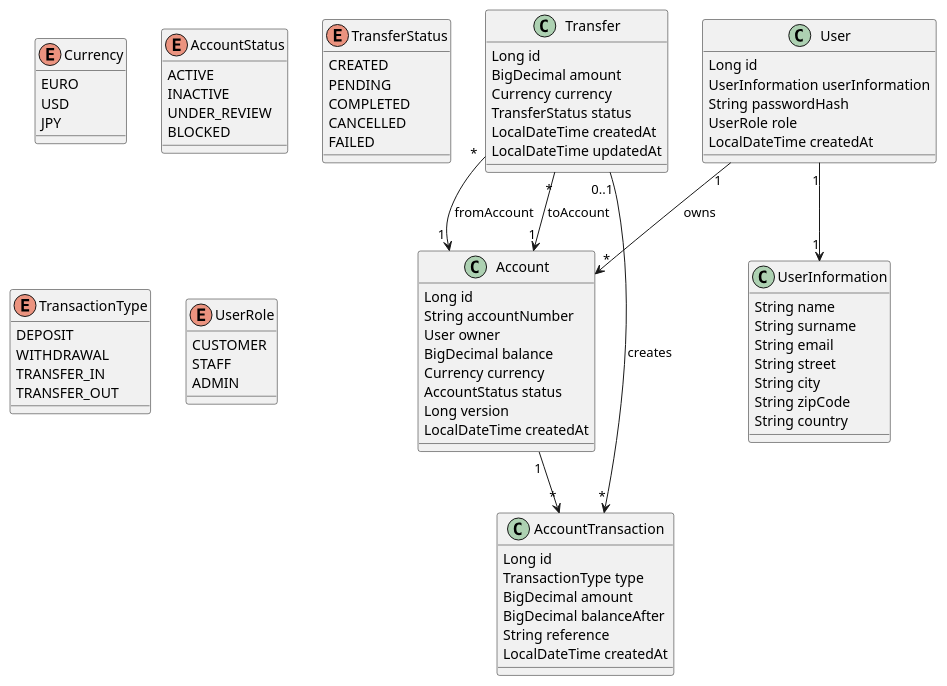
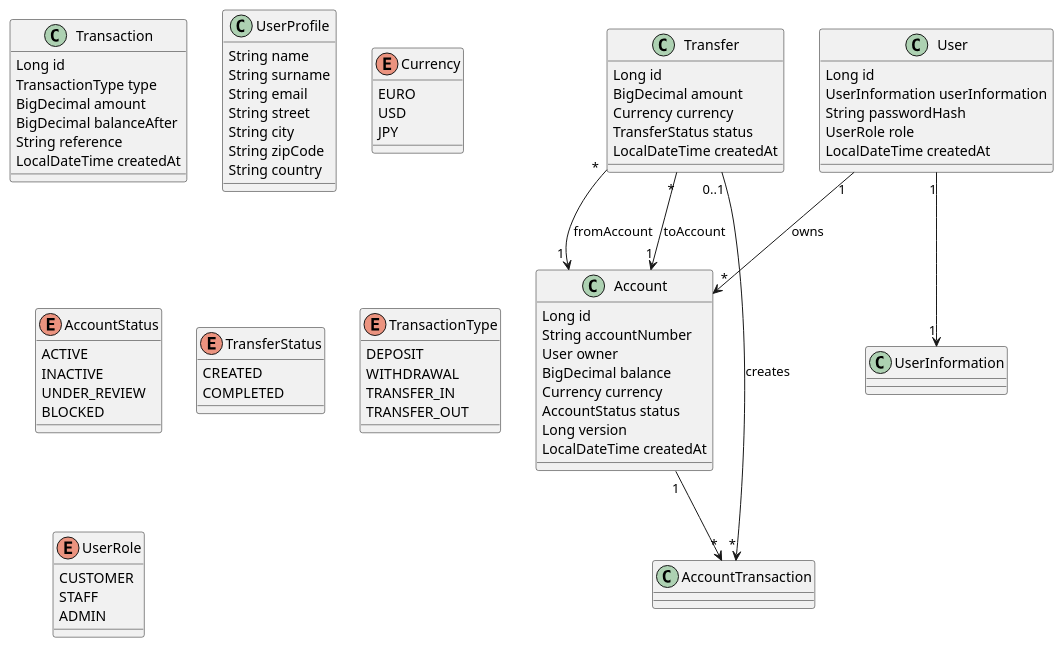
The diagram in docs/class/class-diagram.puml (Dare2510/Digital-Banking-API), drawn with PlantUML before and after one commit. The commit also changed 2 other files, not shown here.

Commit message:
deleted unnecessary updatedAt value in TransferEntity. -> class-diagram.puml , TransferEntity , V3__initial_transfer_schema.sql updated

```diff
--- a/docs/class/class-diagram.puml
+++ b/docs/class/class-diagram.puml
@@ -1,95 +1,91 @@
 @startuml
 
 class Account{
     Long id
     String accountNumber
     User owner
     BigDecimal balance
     Currency currency
     AccountStatus status
     Long version
     LocalDateTime createdAt
 
 }
 
 class User{
    Long id
    UserInformation userInformation
    String passwordHash
    UserRole role
    LocalDateTime createdAt
 }
 
 class Transfer{
     Long id
     BigDecimal amount
     Currency currency
     TransferStatus status
     LocalDateTime createdAt
-    LocalDateTime updatedAt
 }
 
-class AccountTransaction {
+class Transaction {
     Long id
     TransactionType type
     BigDecimal amount
     BigDecimal balanceAfter
     String reference
     LocalDateTime createdAt
 }
 
-class UserInformation{
+class UserProfile{
    String name
    String surname
    String email
    String street
    String city
    String zipCode
    String country
 }
 
 enum Currency{
     EURO
     USD
     JPY
 }
 
 enum AccountStatus{
     ACTIVE
     INACTIVE
     UNDER_REVIEW
     BLOCKED
 }
 
 enum TransferStatus{
     CREATED
-    PENDING
     COMPLETED
-    CANCELLED
-    FAILED
 }
 
 enum TransactionType {
     DEPOSIT
     WITHDRAWAL
     TRANSFER_IN
     TRANSFER_OUT
 }
 
 enum UserRole{
     CUSTOMER
     STAFF
     ADMIN
 
 }
 
 User "1" --> "1" UserInformation
 User "1" --> "*" Account : owns
 
 Transfer "*" --> "1" Account : fromAccount
 Transfer "*" --> "1" Account : toAccount
 
 Account "1" --> "*" AccountTransaction
 Transfer "0..1" --> "*" AccountTransaction : creates
 
 @enduml
```
